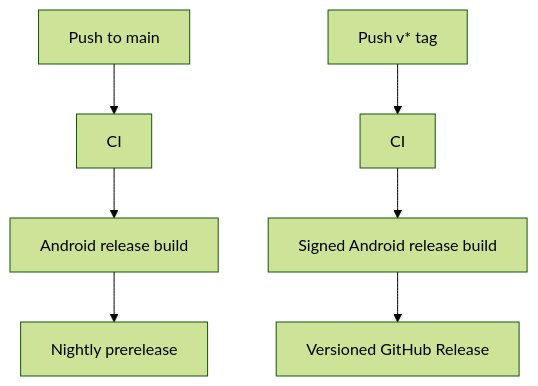
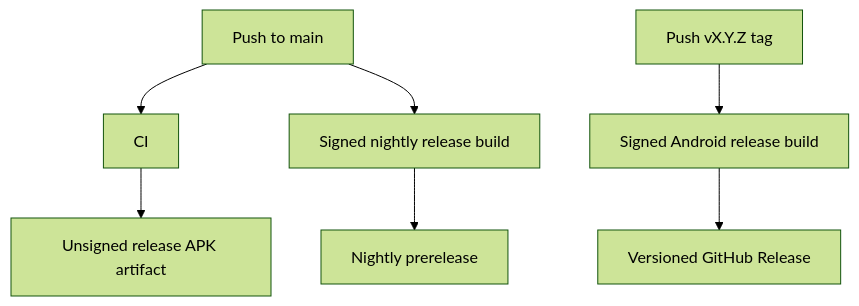
Before and after one commit to hojin-v/YTET-Android: the second of 2 diagrams in README.md, drawn with Mermaid (forest theme). The commit also changed 2 other files, not shown here.

Commit message:
Keep nightly release publishing optional

````diff
--- a/README.md
+++ b/README.md
@@ -220,9 +220,9 @@
 ```mermaid
 flowchart TD
     A[Push to main] --> B[CI]
-    B --> C[Android release build]
-    C --> D[Nightly prerelease]
-    E[Push v* tag] --> F[CI]
-    F --> G[Signed Android release build]
+    B --> C[Unsigned release APK artifact]
+    A --> D[Signed nightly release build]
+    D --> E[Nightly prerelease]
+    F[Push vX.Y.Z tag] --> G[Signed Android release build]
     G --> H[Versioned GitHub Release]
 ```
````
